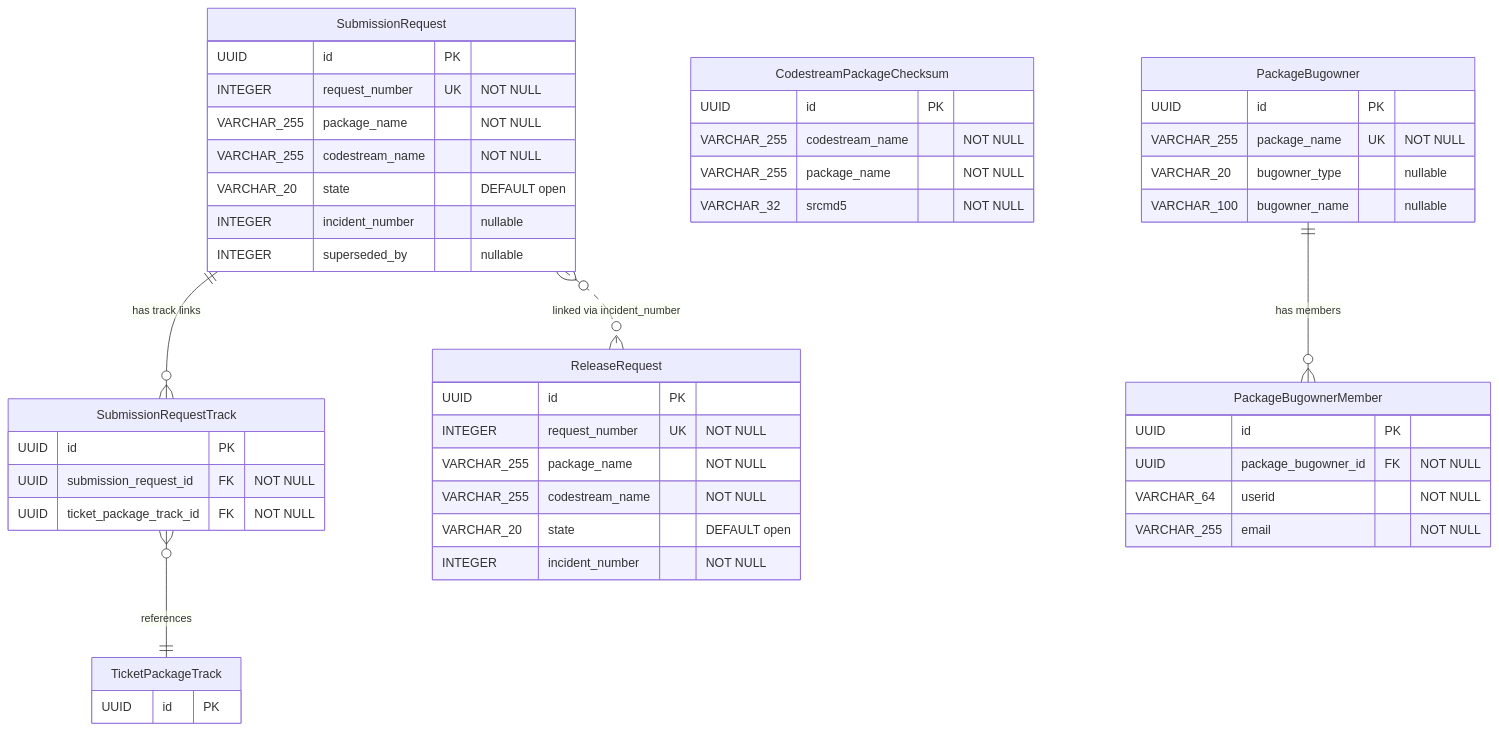
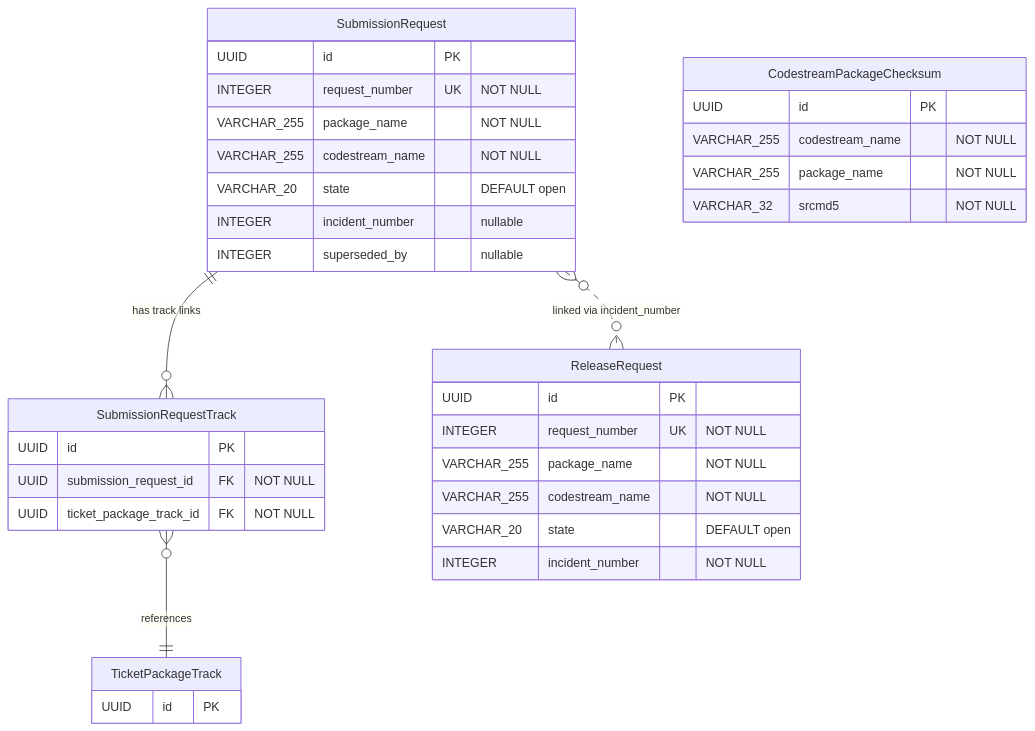
The sixth of 6 diagrams in docs/data-model.md (StayPirate/STAMP), drawn with Mermaid before and after one commit. The commit also changed other lines of this file and 20 other files, not shown here.

````diff
--- a/docs/data-model.md
+++ b/docs/data-model.md
@@ -397,51 +411,38 @@
 ```mermaid
 erDiagram
     SubmissionRequest {
         UUID id PK
         INTEGER request_number UK "NOT NULL"
         VARCHAR_255 package_name "NOT NULL"
         VARCHAR_255 codestream_name "NOT NULL"
         VARCHAR_20 state "DEFAULT open"
         INTEGER incident_number "nullable"
         INTEGER superseded_by "nullable"
     }
     SubmissionRequestTrack {
         UUID id PK
         UUID submission_request_id FK "NOT NULL"
         UUID ticket_package_track_id FK "NOT NULL"
     }
     ReleaseRequest {
         UUID id PK
         INTEGER request_number UK "NOT NULL"
         VARCHAR_255 package_name "NOT NULL"
         VARCHAR_255 codestream_name "NOT NULL"
         VARCHAR_20 state "DEFAULT open"
         INTEGER incident_number "NOT NULL"
     }
     CodestreamPackageChecksum {
         UUID id PK
         VARCHAR_255 codestream_name "NOT NULL"
         VARCHAR_255 package_name "NOT NULL"
         VARCHAR_32 srcmd5 "NOT NULL"
     }
-    PackageBugowner {
-        UUID id PK
-        VARCHAR_255 package_name UK "NOT NULL"
-        VARCHAR_20 bugowner_type "nullable"
-        VARCHAR_100 bugowner_name "nullable"
-    }
-    PackageBugownerMember {
-        UUID id PK
-        UUID package_bugowner_id FK "NOT NULL"
-        VARCHAR_64 userid "NOT NULL"
-        VARCHAR_255 email "NOT NULL"
-    }
     TicketPackageTrack {
         UUID id PK
     }
 
     SubmissionRequest ||--o{ SubmissionRequestTrack : "has track links"
     SubmissionRequestTrack }o--|| TicketPackageTrack : "references"
     SubmissionRequest }o..o{ ReleaseRequest : "linked via incident_number"
-    PackageBugowner ||--o{ PackageBugownerMember : "has members"
 ```
````
